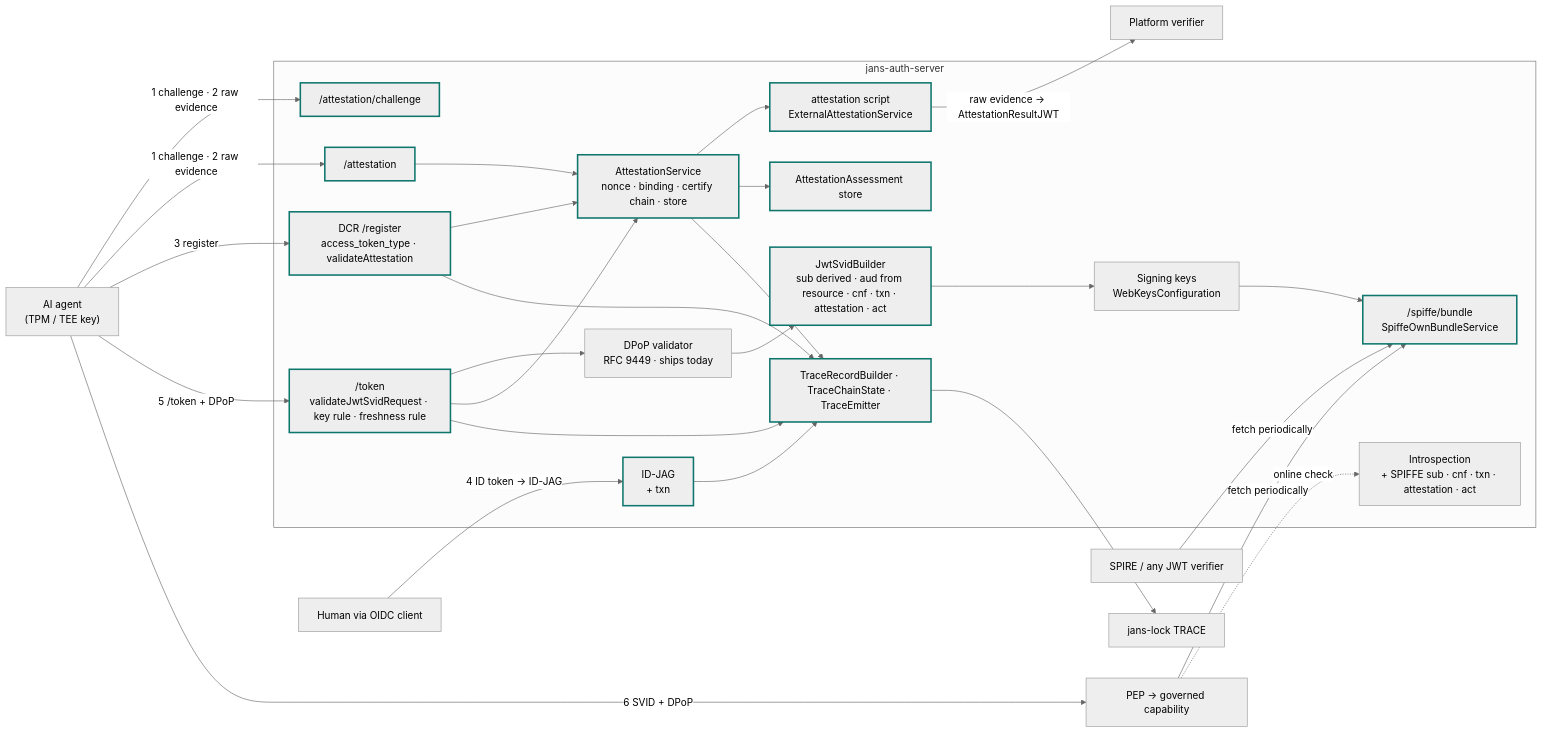
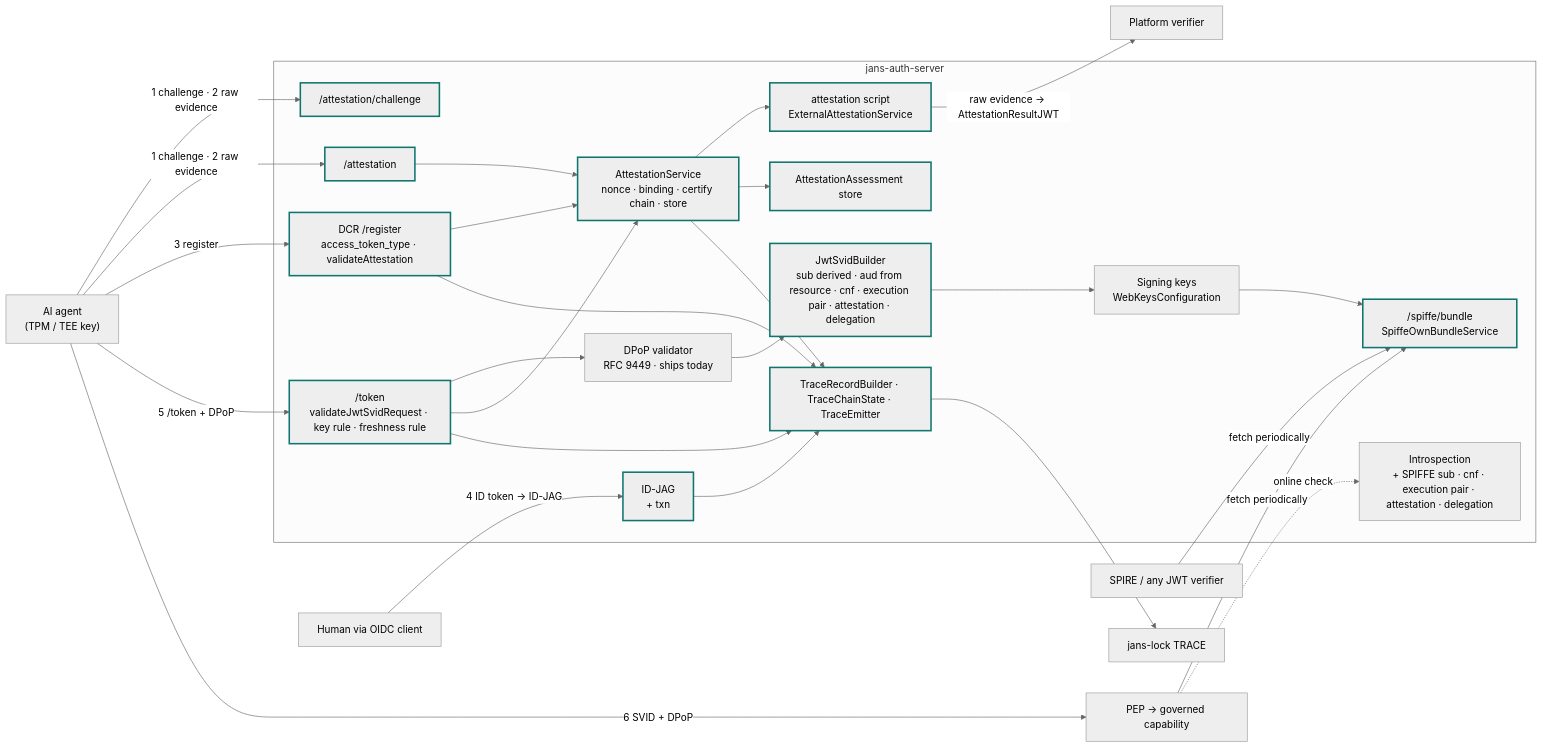
One commit to nynymike/lock-server-design changed the sixth of 6 diagrams in hardware-anchored-identity.md. Above: the diagram before and after it, drawn with Mermaid (neutral theme). The commit also changed other lines of this file, not shown here.

````diff
--- a/hardware-anchored-identity.md
+++ b/hardware-anchored-identity.md
@@ -1473,41 +1526,41 @@
 ```mermaid
 flowchart LR
     subgraph AS["jans-auth-server"]
         CH["/attestation/challenge"]:::new
         AT["/attestation"]:::new
         ASVC["AttestationService<br/>nonce · binding · certify chain · store"]:::new
         ASCR["attestation script<br/>ExternalAttestationService"]:::new
         ASTORE["AttestationAssessment store"]:::new
         DCR["DCR /register<br/>access_token_type · validateAttestation"]:::new
         TOK["/token<br/>validateJwtSvidRequest · key rule · freshness rule"]:::new
         DPOP["DPoP validator<br/>RFC 9449 · ships today"]
         IDJ["ID-JAG<br/>+ txn"]:::new
-        MINT["JwtSvidBuilder<br/>sub derived · aud from resource · cnf · txn · attestation · act"]:::new
+        MINT["JwtSvidBuilder<br/>sub derived · aud from resource · cnf · execution pair · attestation · delegation"]:::new
         KEYS["Signing keys<br/>WebKeysConfiguration"]
         BUN["/spiffe/bundle<br/>SpiffeOwnBundleService"]:::new
         TR["TraceRecordBuilder · TraceChainState · TraceEmitter"]:::new
-        INTRO["Introspection<br/>+ SPIFFE sub · cnf · txn · attestation · act"]
+        INTRO["Introspection<br/>+ SPIFFE sub · cnf · execution pair · attestation · delegation"]
     end
     AGENT["AI agent<br/>(TPM / TEE key)"]
     HUMAN["Human via OIDC client"]
     VER["Platform verifier"]
     LOCK["jans-lock TRACE"]
     SPIRE["SPIRE / any JWT verifier"]
     PEP["PEP → governed capability"]
 
     AGENT -- "1 challenge · 2 raw evidence" --> CH & AT
     AT --> ASVC --> ASCR
     ASCR -- "raw evidence → AttestationResultJWT" --> VER
     ASVC --> ASTORE
     AGENT -- "3 register" --> DCR --> ASVC
     HUMAN -- "4 ID token → ID-JAG" --> IDJ
     AGENT -- "5 /token + DPoP" --> TOK --> DPOP --> MINT
     TOK --> ASVC
     MINT --> KEYS --> BUN
     ASVC & DCR & IDJ & TOK --> TR --> LOCK
     SPIRE & PEP -- "fetch periodically" --> BUN
     AGENT -- "6 SVID + DPoP" --> PEP
     PEP -. "online check" .-> INTRO
 
     classDef new stroke:#0f766e,stroke-width:2.5px;
 ```
````
